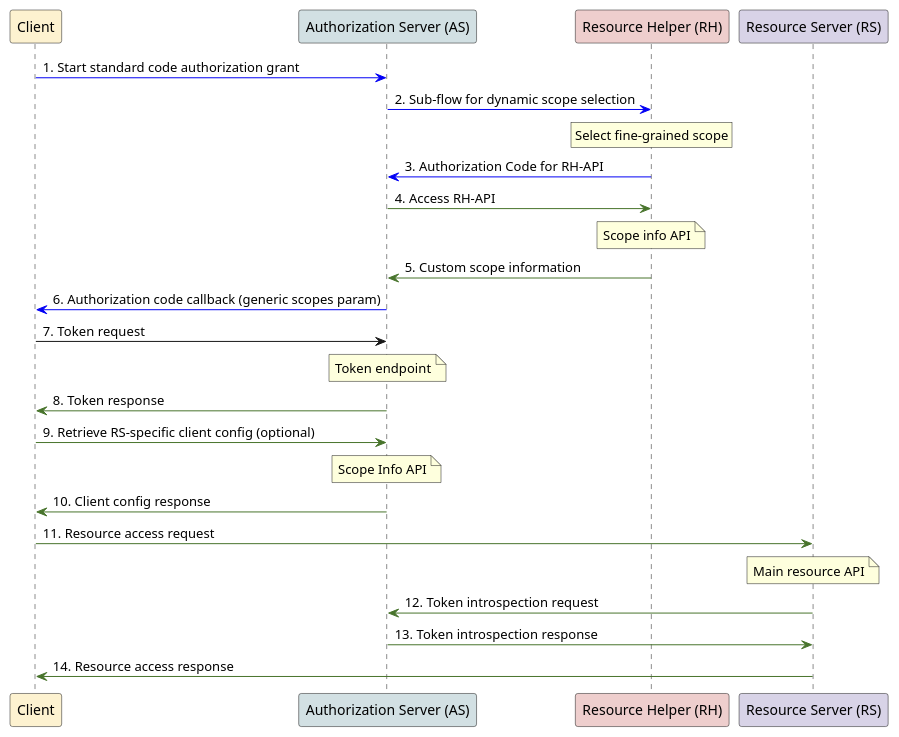
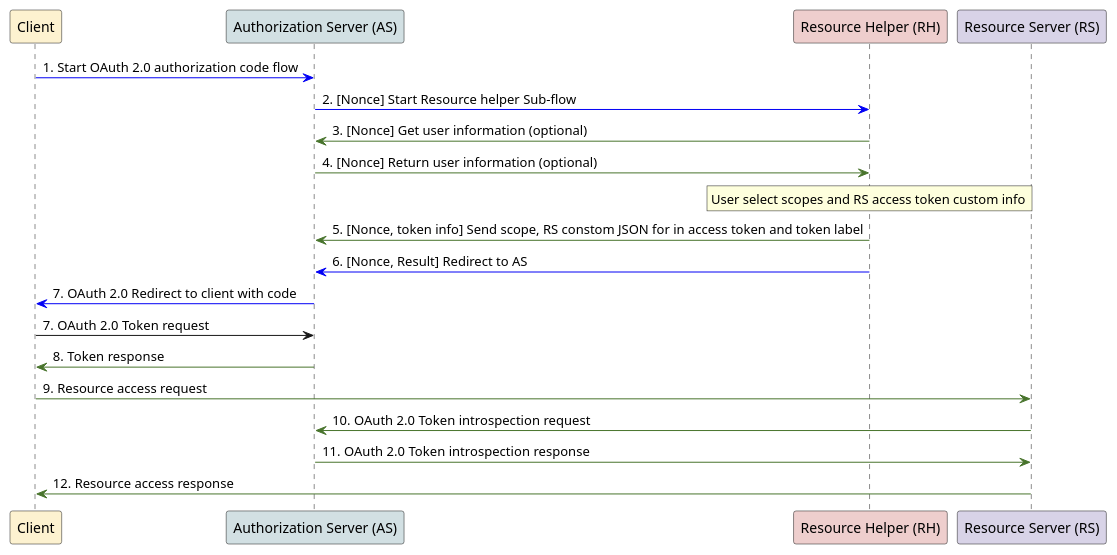
Before and after one commit to SURFnet/surf-token-based-access: the diagram in phase-3/swimlanes-no-colors.puml, drawn with PlantUML.

Commit message:
Update swimlanes to match design discussion 2024-11-04

```diff
--- a/phase-3/swimlanes-no-colors.puml
+++ b/phase-3/swimlanes-no-colors.puml
@@ -1,35 +1,29 @@
 @startuml swimlanes
 participant "Client" as C #fdf2d0
 participant "Authorization Server (AS)" as AS #d2e0e3
 participant "Resource Helper (RH)" as RH #eececd
 participant "Resource Server (RS)" as RS #d8d3e7
-C -[#0200f5]> AS: 1. Start standard code authorization grant
-AS -[#0200f5]> RH: 2. Sub-flow for dynamic scope selection
+C -[#0200f5]> AS: 1. Start OAuth 2.0 authorization code flow
+
+AS -[#0200f5]> RH: 2. [Nonce] Start Resource helper Sub-flow
+
+RH -[#48742c]> AS: 3. [Nonce] Get user information (optional)
+
+AS -[#48742c]> RH: 4. [Nonce] Return user information (optional)
+
 rnote over RH
-  Select fine-grained scope
+  User select scopes and RS access token custom info 
 end note
-RH -[#0200f5]> AS: 3. Authorization Code for RH-API
-AS -[#48742c]> RH: 4. Access RH-API
-note over RH
-   Scope info API
-end note
-RH -[#48742c]> AS: 5. Custom scope information
-AS -[#0200f5]> C: 6. Authorization code callback (generic scopes param)
-C -> AS: 7. Token request
-note over AS
-  Token endpoint
-end note
+
+RH -[#48742c]> AS: 5. [Nonce, token info] Send scope, RS constom JSON for in access token and token label
+
+RH -[#0200f5]> AS: 6. [Nonce, Result] Redirect to AS 
+
+AS -[#0200f5]> C: 7. OAuth 2.0 Redirect to client with code
+C -> AS: 7. OAuth 2.0 Token request
 AS -[#48742c]> C: 8. Token response
-C -[#48742c]> AS: 9. Retrieve RS-specific client config (optional)
-note over AS
-  Scope Info API
-end note
-AS -[#48742c]> C: 10. Client config response
-C -[#48742c]> RS: 11. Resource access request
-note over RS
-  Main resource API
-end note
-RS -[#48742c]> AS: 12. Token introspection request
-AS -[#48742c]> RS: 13. Token introspection response
-RS -[#48742c]> C: 14. Resource access response
+C -[#48742c]> RS: 9. Resource access request
+RS -[#48742c]> AS: 10. OAuth 2.0 Token introspection request
+AS -[#48742c]> RS: 11. OAuth 2.0 Token introspection response
+RS -[#48742c]> C: 12. Resource access response
 @enduml
```
